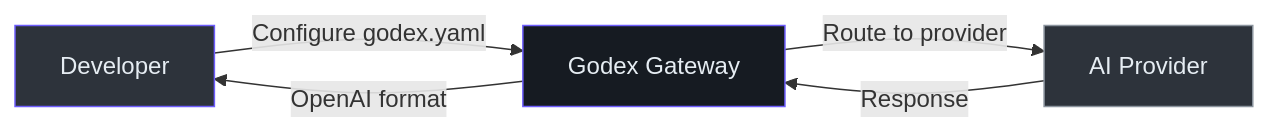
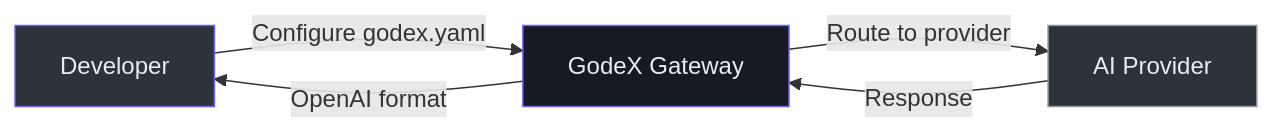
One commit to zamelee/GodeX changed the diagram in wiki/onboarding/product-manager-guide.md. Above: the diagram before and after it, drawn with Mermaid. The commit also changed other lines of this file and 96 other files, not shown here.

First line of the commit message:
refactor: Rename project from Godex to GodeX (#44)

````diff
--- a/wiki/onboarding/product-manager-guide.md
+++ b/wiki/onboarding/product-manager-guide.md
@@ -14,11 +14,11 @@
 ```mermaid
 graph LR
-    DEV["Developer"] -->|"Configure godex.yaml"| GODEX["Godex Gateway"]
+    DEV["Developer"] -->|"Configure godex.yaml"| GODEX["GodeX Gateway"]
     GODEX -->|"Route to provider"| PROVIDER["AI Provider"]
     PROVIDER -->|"Response"| GODEX
     GODEX -->|"OpenAI format"| DEV
 
     style DEV fill:#2d333b,stroke:#6d5dfc,color:#e6edf3
     style GODEX fill:#161b22,stroke:#6d5dfc,color:#e6edf3
     style PROVIDER fill:#2d333b,stroke:#8b949e,color:#e6edf3
 ```
````
